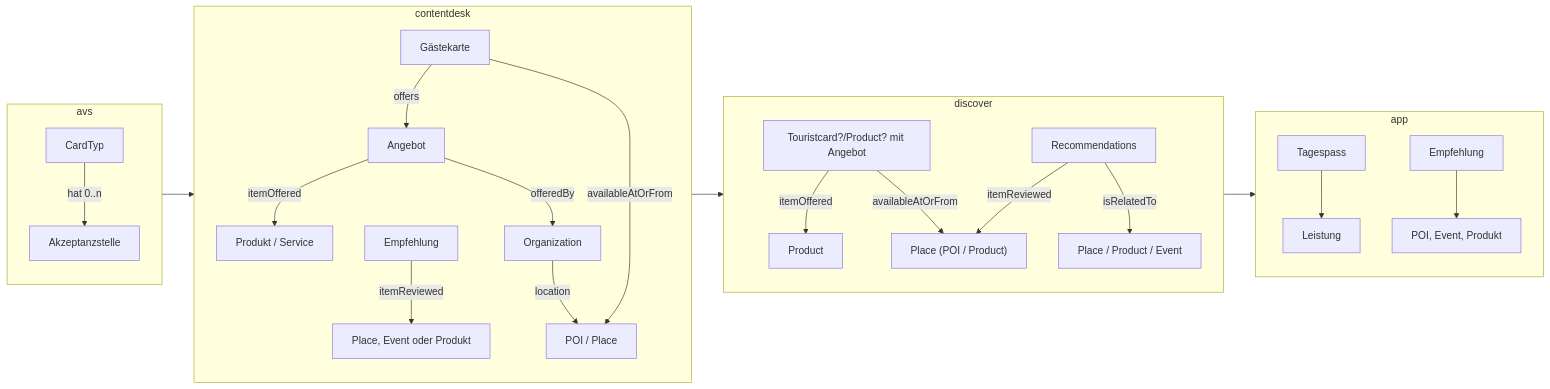
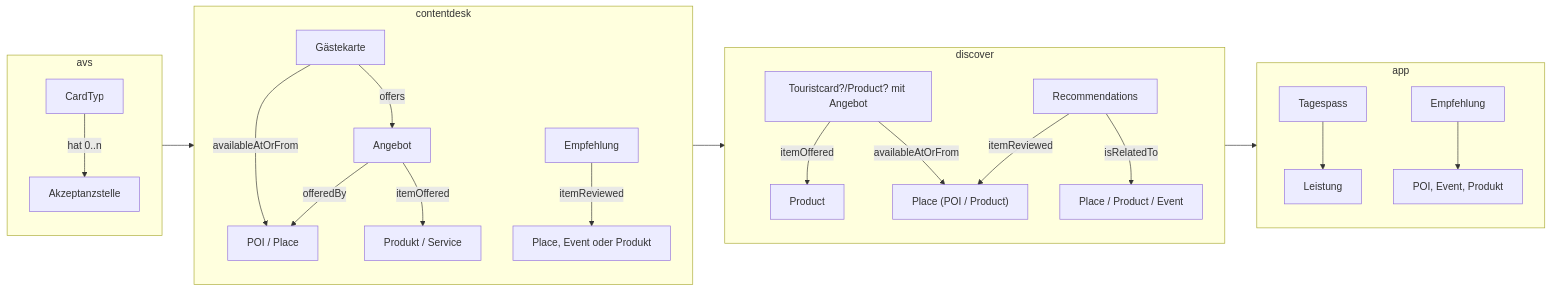
The second of 7 diagrams in docs/projects/glarnerlandApp.md (tsolenthaler/docs.contentdesk.io), drawn with Mermaid before and after one commit.

Commit message:
Refactor schema links and remove unnecessary Organization class

````diff
--- a/docs/projects/glarnerlandApp.md
+++ b/docs/projects/glarnerlandApp.md
@@ -48,33 +48,32 @@
 ``` mermaid
 graph LR
     subgraph avs
         direction TB
         CardTyp --> | hat 0..n| Akzeptanzstelle
     end
     subgraph contentdesk
         direction TB
         Gaestekarte["Gästekarte"] --> |offers| Angebot
         Gaestekarte --> |availableAtOrFrom| Ort["POI / Place"]
         Angebot --> |itemOffered| Angebot2["Produkt / Service"]
         Empfehlung --> |itemReviewed| item["Place, Event oder Produkt"]
-        Angebot --> |offeredBy| Organization
-        Organization -->|location| Ort
+        Angebot --> |offeredBy| Ort
     end
     subgraph discover
         direction TB
         Touristcard["Touristcard?/Product? mit Angebot"] -->|itemOffered| Product
         Touristcard -->|availableAtOrFrom|Place
         Recommendations -->|itemReviewed|Place["Place (POI / Product)"]
         Recommendations -->|isRelatedTo|Place2["Place / Product / Event"]
     end
     subgraph app
         direction TB
         Tagespass --> Leistung
         EmpfehlungApp["Empfehlung"]
         EmpfehlungApp --> ItemApp["POI, Event, Produkt"]
     end
 
     avs --> contentdesk
     contentdesk --> discover
     discover --> app
 ```
````
